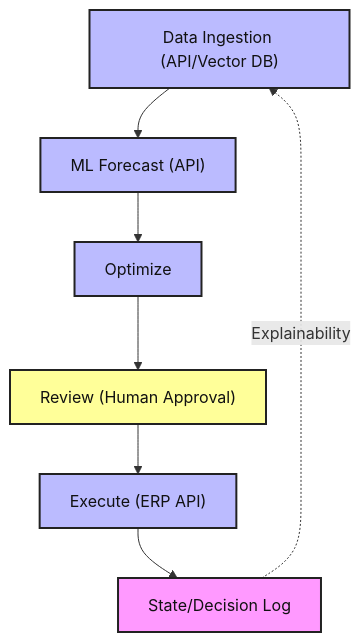
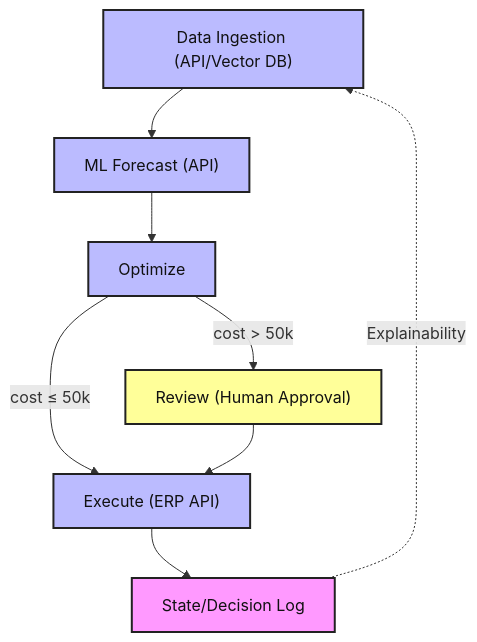
Before and after one commit to AgnesYYQ/supply-chain-reorder: the diagram in README.md, drawn with Mermaid. The commit also changed 3 other files, not shown here.

Commit message:
Add tests, update readme flow chart

````diff
--- a/README.md
+++ b/README.md
@@ -39,15 +39,16 @@
 ```mermaid
 flowchart TD
 	A["Data Ingestion (API/Vector DB)"] --> B["ML Forecast (API)"]
 	B --> C["Optimize"]
-	C --> D["Review (Human Approval)"]
-	D --> E["Execute (ERP API)"]
+	C -->|cost > 50k| D["Review (Human Approval)"]
+	C -->|cost ≤ 50k| E["Execute (ERP API)"]
+	D --> E
 	E --> F["State/Decision Log"]
 	F -.->|Explainability| A
 	style F fill:#f9f,stroke:#222,stroke-width:2px,color:#111
 	style D fill:#ff9,stroke:#222,stroke-width:2px,color:#111
 	style A fill:#bbf,stroke:#222,stroke-width:2px,color:#111
 	style B fill:#bbf,stroke:#222,stroke-width:2px,color:#111
 	style C fill:#bbf,stroke:#222,stroke-width:2px,color:#111
 	style E fill:#bbf,stroke:#222,stroke-width:2px,color:#111
 ```
````
